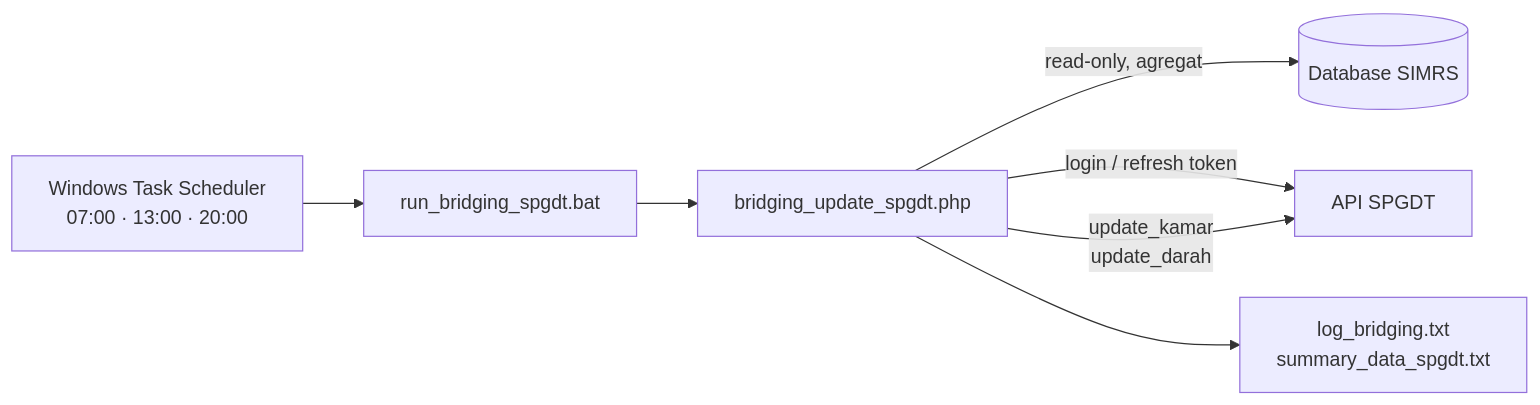
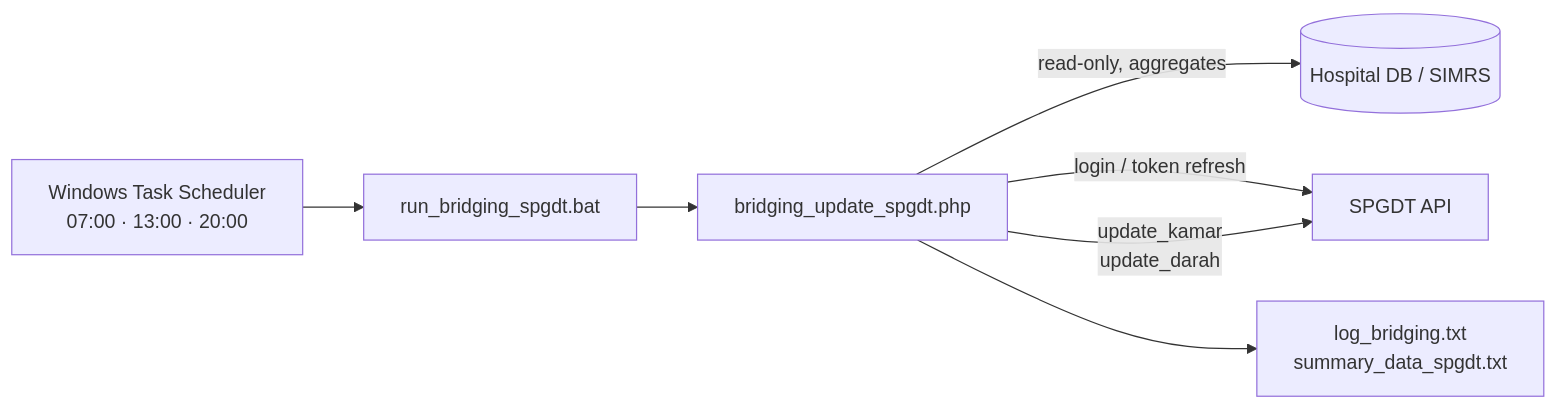
Before and after one commit to ArkFunDev/spgdt-bridging-kebumen: the diagram in README.md, drawn with Mermaid. The commit also changed other lines of this file, not shown here.

````diff
--- a/README.md
+++ b/README.md
@@ -15,9 +15,9 @@
 ```mermaid
 flowchart LR
     T[Windows Task Scheduler<br/>07:00 · 13:00 · 20:00] --> B[run_bridging_spgdt.bat]
     B --> P[bridging_update_spgdt.php]
-    P -->|read-only, agregat| DB[(Database SIMRS)]
-    P -->|login / refresh token| API[API SPGDT]
+    P -->|read-only, aggregates| DB[(Hospital DB / SIMRS)]
+    P -->|login / token refresh| API[SPGDT API]
     P -->|update_kamar<br/>update_darah| API
     P --> L[log_bridging.txt<br/>summary_data_spgdt.txt]
 ```
````
